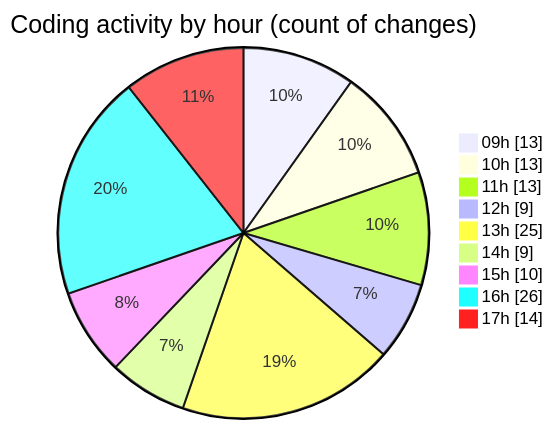
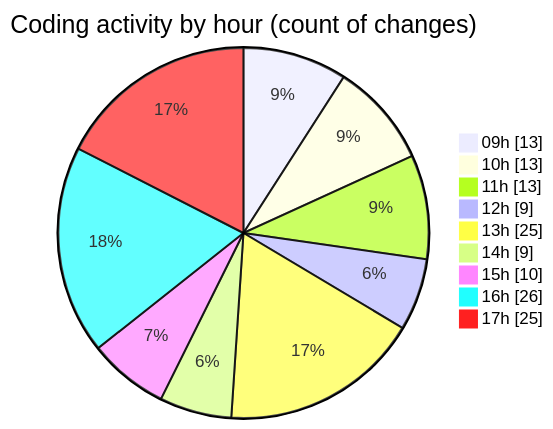
Before and after one commit to momahboobian/code-tracking: the second of 2 diagrams in 2025-09-23/cda/README.md, drawn with Mermaid. The commit also changed other lines of this file and 1 other file, not shown here.

````diff
--- a/2025-09-23/cda/README.md
+++ b/2025-09-23/cda/README.md
@@ -45,13 +45,13 @@
 ```mermaid
 pie showData
 title Coding activity by hour (count of changes)
 "09h" : 13
 "10h" : 13
 "11h" : 13
 "12h" : 9
 "13h" : 25
 "14h" : 9
 "15h" : 10
 "16h" : 26
-"17h" : 14
+"17h" : 25
 ```
````
